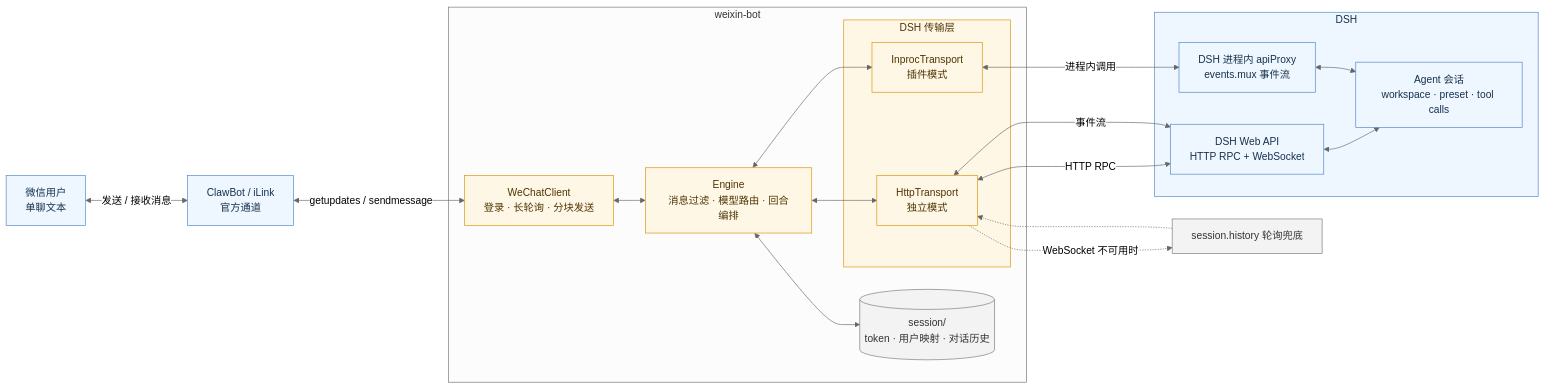
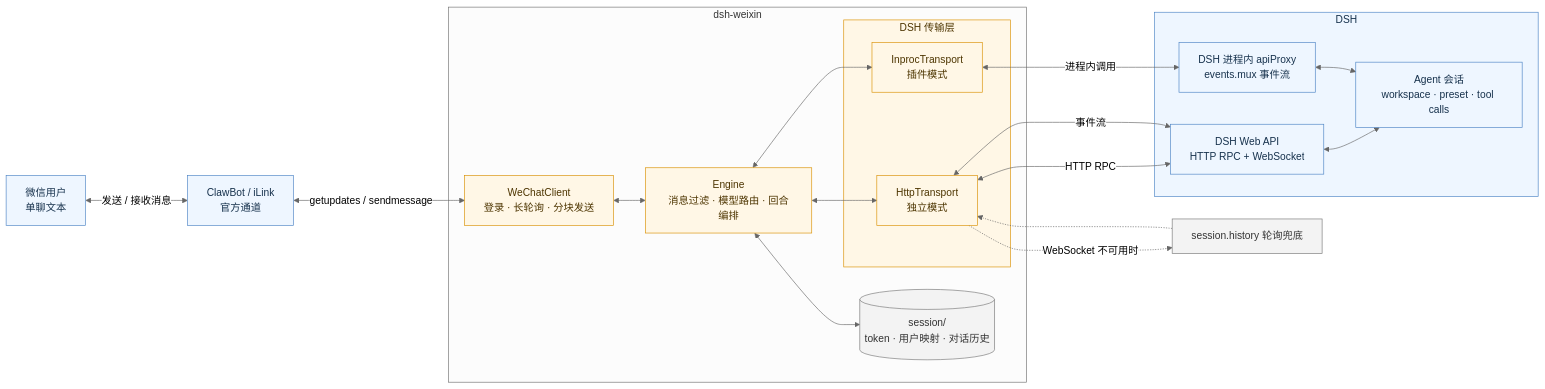
One commit to Stu-KatoMegumi/dsh-weixin changed the diagram in README.md. Above: the diagram before and after it, drawn with Mermaid (neutral theme). The commit also changed other lines of this file and 11 other files, not shown here.

````diff
--- a/README.md
+++ b/README.md
@@ -7,43 +7,43 @@
 ```mermaid
 flowchart LR
     U[微信用户<br/>单聊文本]
     IL[ClawBot / iLink<br/>官方通道]
 
-    subgraph BOT[weixin-bot]
+    subgraph BOT[dsh-weixin]
         WC[WeChatClient<br/>登录 · 长轮询 · 分块发送]
         E[Engine<br/>消息过滤 · 模型路由 · 回合编排]
         ST[(session/<br/>token · 用户映射 · 对话历史)]
 
         subgraph MODES[DSH 传输层]
             HT[HttpTransport<br/>独立模式]
             IT[InprocTransport<br/>插件模式]
         end
     end
 
     subgraph DSH[DSH]
         WEB[DSH Web API<br/>HTTP RPC + WebSocket]
         API[DSH 进程内 apiProxy<br/>events.mux 事件流]
         AGENT[Agent 会话<br/>workspace · preset · tool calls]
     end
 
     U <-->|发送 / 接收消息| IL
     IL <-->|getupdates / sendmessage| WC
     WC <--> E
     E <--> ST
     E <--> HT
     E <--> IT
     HT <-->|HTTP RPC| WEB
     HT <-->|事件流| WEB
     IT <-->|进程内调用| API
     WEB <--> AGENT
     API <--> AGENT
     HT -.->|WebSocket 不可用时| HIST[session.history 轮询兜底]
     HIST -.-> HT
 
     classDef external fill:#eef6ff,stroke:#4b83c4,color:#17324d
     classDef core fill:#fff7e6,stroke:#d99000,color:#4d3500
     classDef data fill:#f3f3f3,stroke:#777,color:#333
     class U,IL,DSH,WEB,API,AGENT external
     class WC,E,MODES,HT,IT core
     class ST,HIST data
 ```
````
